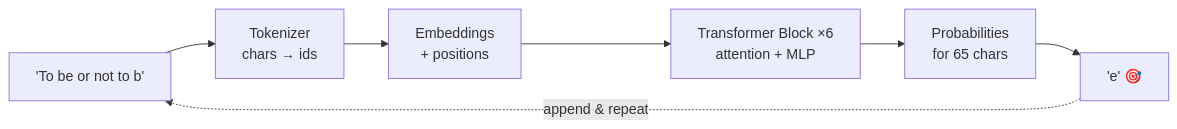
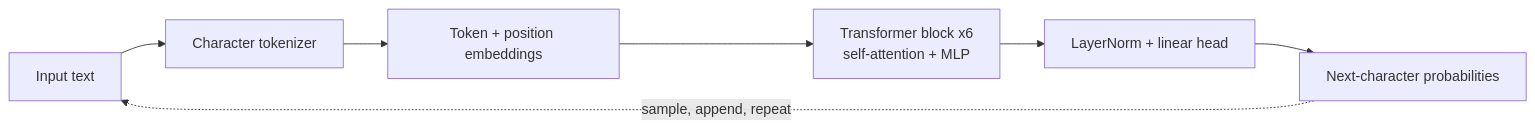
The first of 2 diagrams in README.md (Youssefrajeh/Jo_LLM), drawn with Mermaid before and after one commit. The commit also changed other lines of this file, not shown here.

````diff
--- a/README.md
+++ b/README.md
@@ -56,9 +31,9 @@
 ```mermaid
 flowchart LR
-    A["'To be or not to b'"] --> B[Tokenizer<br/>chars → ids]
-    B --> C[Embeddings<br/>+ positions]
-    C --> D[Transformer Block ×6<br/>attention + MLP]
-    D --> E[Probabilities<br/>for 65 chars]
-    E --> F["'e' 🎯"]
-    F -. append & repeat .-> A
+    A[Input text] --> B[Character tokenizer]
+    B --> C[Token + position embeddings]
+    C --> D[Transformer block x6<br/>self-attention + MLP]
+    D --> E[LayerNorm + linear head]
+    E --> F[Next-character probabilities]
+    F -. sample, append, repeat .-> A
 ```
````
